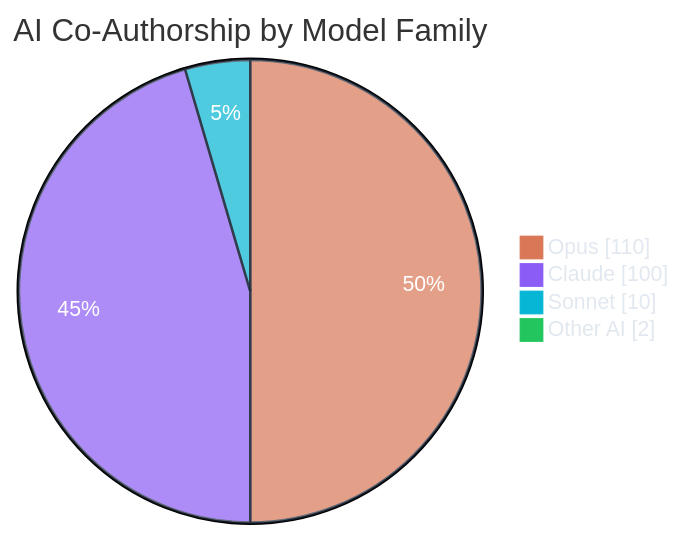
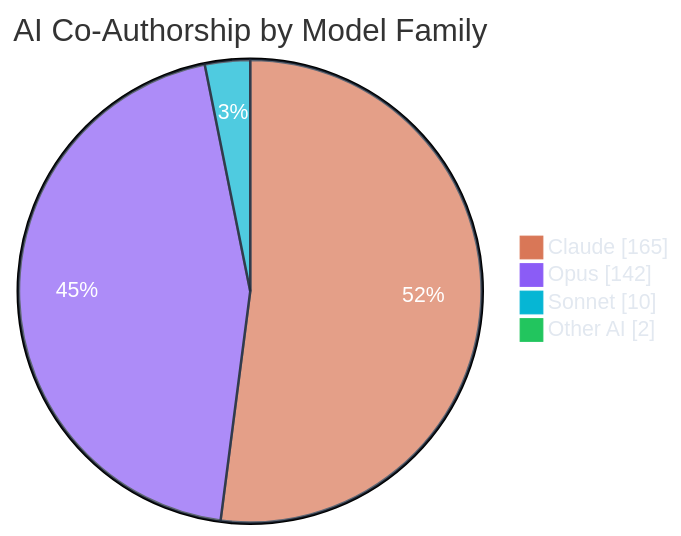
Before and after one commit to polo-nyan/polo-nyan: the third of 7 diagrams in README.md, drawn with Mermaid. The commit also changed other lines of this file and 1 other file, not shown here.

````diff
--- a/README.md
+++ b/README.md
@@ -232,9 +232,9 @@
 ```mermaid
 %%{init: {"theme": "base", "themeVariables": { "pie1": "#d97757", "pie2": "#8b5cf6", "pie3": "#06b6d4", "pie4": "#22c55e", "pie5": "#f59e0b", "pie6": "#ec4899", "pieTextColor": "#ffffff", "pieLegendTextColor": "#e2e8f0", "pieSectionTextColor": "#ffffff", "pieStrokeColor": "#1e293b" }}}%%
 pie showData
     title AI Co-Authorship by Model Family
-    "Opus" : 110
-    "Claude" : 100
+    "Claude" : 165
+    "Opus" : 142
     "Sonnet" : 10
     "Other AI" : 2
 ```
````
